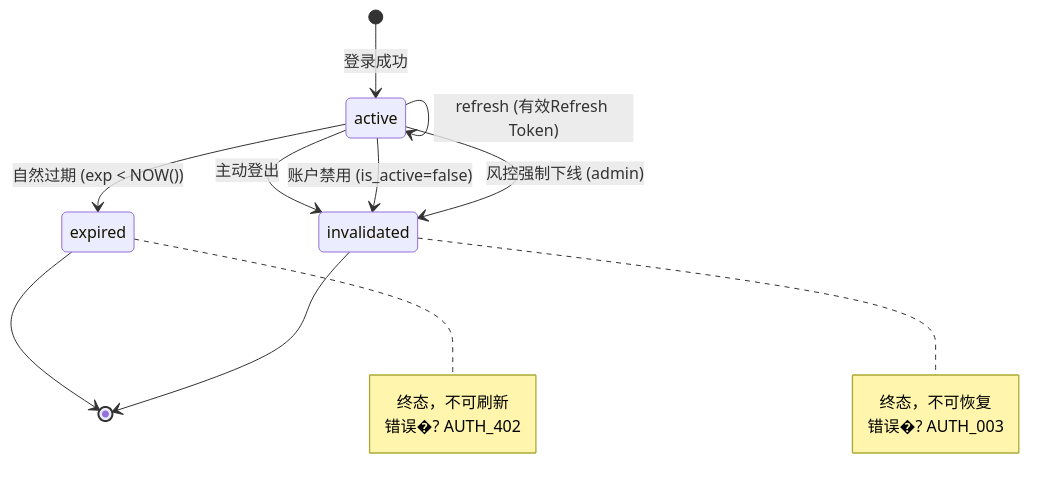
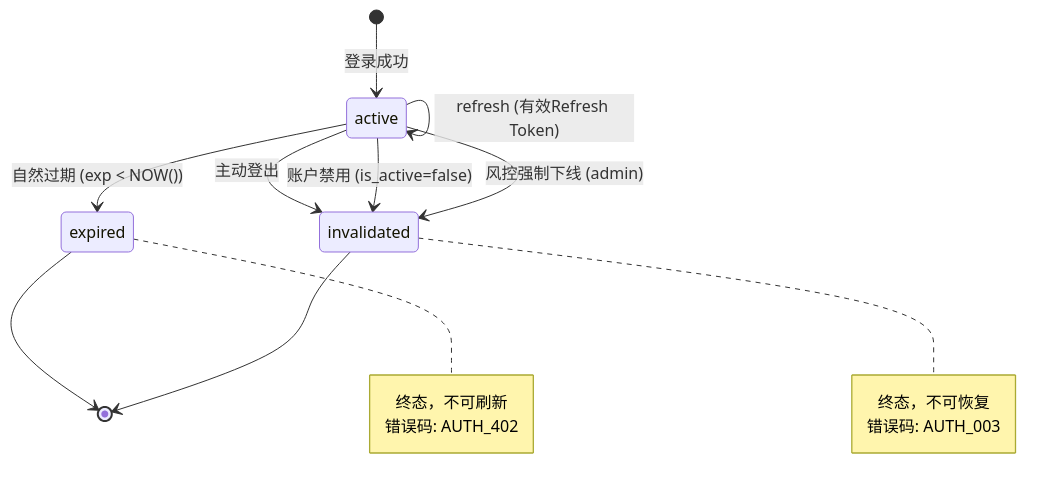
The third of 3 diagrams in docs/sot/AUTH_SPEC.md (wade56754/AI_ad_spend02), drawn with Mermaid before and after one commit. The commit also changed other lines of this file and 16 other files, not shown here.

````diff
--- a/docs/sot/AUTH_SPEC.md
+++ b/docs/sot/AUTH_SPEC.md
@@ -655,23 +655,23 @@
 ```mermaid
 stateDiagram-v2
     [*] --> active: 登录成功
 
     active --> active: refresh (有效Refresh Token)
     active --> expired: 自然过期 (exp < NOW())
     active --> invalidated: 主动登出
     active --> invalidated: 账户禁用 (is_active=false)
     active --> invalidated: 风控强制下线 (admin)
 
     expired --> [*]
     invalidated --> [*]
 
     note right of expired
         终态，不可刷新
-        错误�? AUTH_402
+        错误码: AUTH_402
     end note
 
     note right of invalidated
         终态，不可恢复
-        错误�? AUTH_003
+        错误码: AUTH_003
     end note
 ```
````
